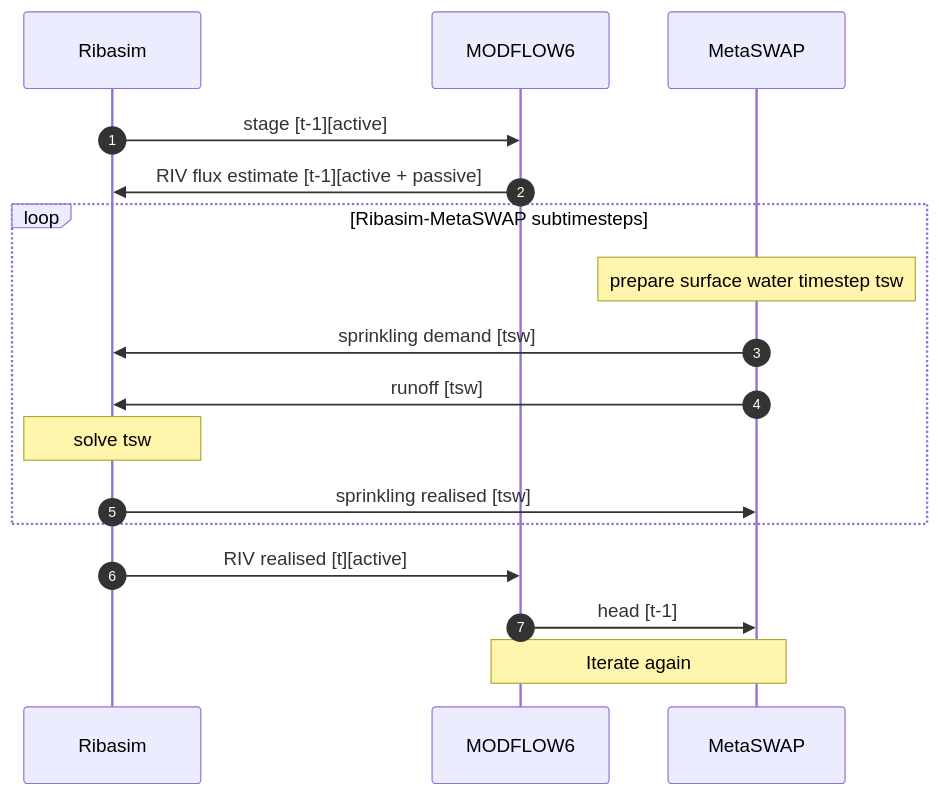
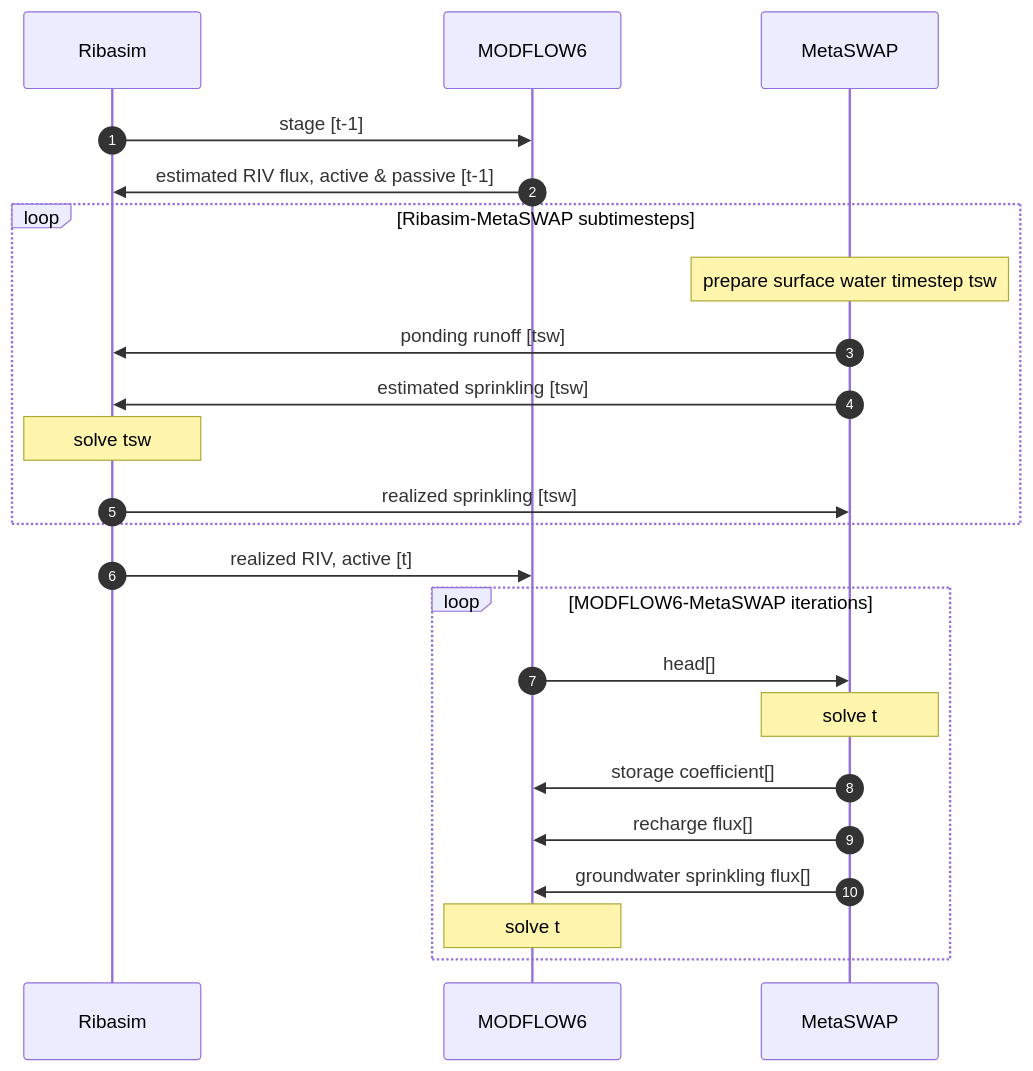
One commit to Deltares/iMOD-Documentation changed the diagram in docs/coupler_ribameta_technical.qmd. Above: the diagram before and after it, drawn with Mermaid. The commit also changed other lines of this file and 1 other file, not shown here.

````diff
--- a/docs/coupler_ribameta_technical.qmd
+++ b/docs/coupler_ribameta_technical.qmd
@@ -8,17 +8,24 @@
 ```{mermaid}
 sequenceDiagram
     autonumber
-    Ribasim ->> MODFLOW6: stage [t-1][active]
-    MODFLOW6 ->> Ribasim: RIV flux estimate [t-1][active + passive]
+    Ribasim ->> MODFLOW6: stage [t-1]
+    MODFLOW6 ->> Ribasim: estimated RIV flux, active & passive  [t-1]
 
     loop Ribasim-MetaSWAP subtimesteps
         Note over MetaSWAP: prepare surface water timestep tsw
-        MetaSWAP->>Ribasim:  sprinkling demand [tsw]
-        MetaSWAP->>Ribasim:  runoff [tsw]
+        MetaSWAP->>Ribasim:  ponding runoff [tsw]
+        MetaSWAP->>Ribasim:  estimated sprinkling [tsw]
         Note over Ribasim: solve tsw
-        Ribasim ->> MetaSWAP: sprinkling realised [tsw]
+        Ribasim ->> MetaSWAP: realized sprinkling [tsw]
     end
-    Ribasim ->> MODFLOW6: RIV realised [t][active]
-    MODFLOW6 ->> MetaSWAP: head [t-1]
-    Note over MetaSWAP, MODFLOW6: Iterate again
+    Ribasim ->> MODFLOW6: realized RIV, active [t]
+    loop MODFLOW6-MetaSWAP iterations
+        MODFLOW6 ->> MetaSWAP: head[] 
+        Note over MetaSWAP: solve t
+        MetaSWAP ->> MODFLOW6: storage coefficient[]
+        MetaSWAP ->> MODFLOW6: recharge flux[]
+        MetaSWAP ->> MODFLOW6: groundwater sprinkling flux[]
+        Note over MODFLOW6: solve t
+    end
+
 ```
````
